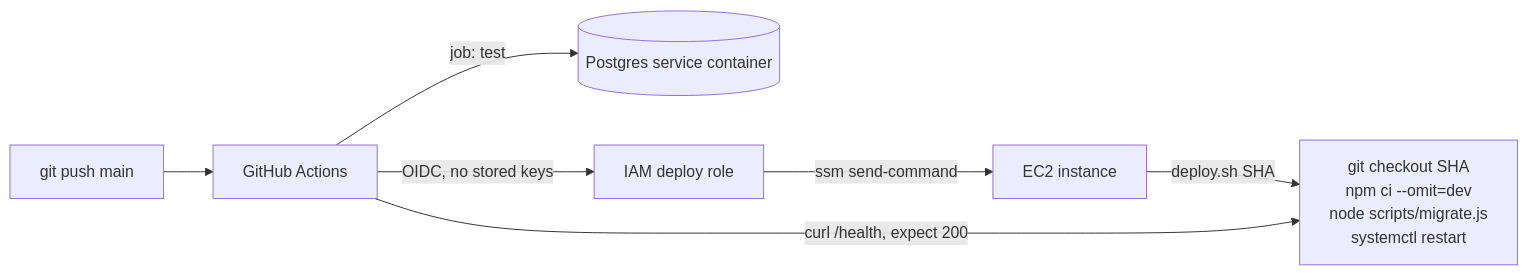
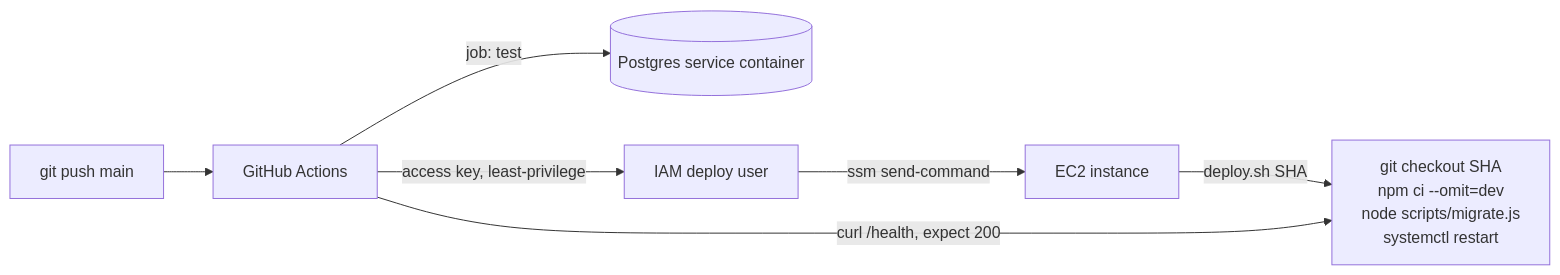
One commit to shruthic1/url-shortener changed the second of 3 diagrams in ARCHITECTURE.md. Above: the diagram before and after it, drawn with Mermaid. The commit also changed other lines of this file and 4 other files, not shown here.

First line of the commit message:
Replace OIDC with a least-privilege IAM user for deploys

````diff
--- a/ARCHITECTURE.md
+++ b/ARCHITECTURE.md
@@ -49,9 +49,9 @@
 ```mermaid
 flowchart LR
     Dev[git push main] --> GH[GitHub Actions]
     GH -->|job: test| PGC[(Postgres service container)]
-    GH -->|OIDC, no stored keys| IAM[IAM deploy role]
+    GH -->|access key, least-privilege| IAM[IAM deploy user]
     IAM -->|ssm send-command| EC2[EC2 instance]
     EC2 -->|deploy.sh SHA| APP["git checkout SHA<br/>npm ci --omit=dev<br/>node scripts/migrate.js<br/>systemctl restart"]
     GH -->|curl /health, expect 200| APP
 ```
````
